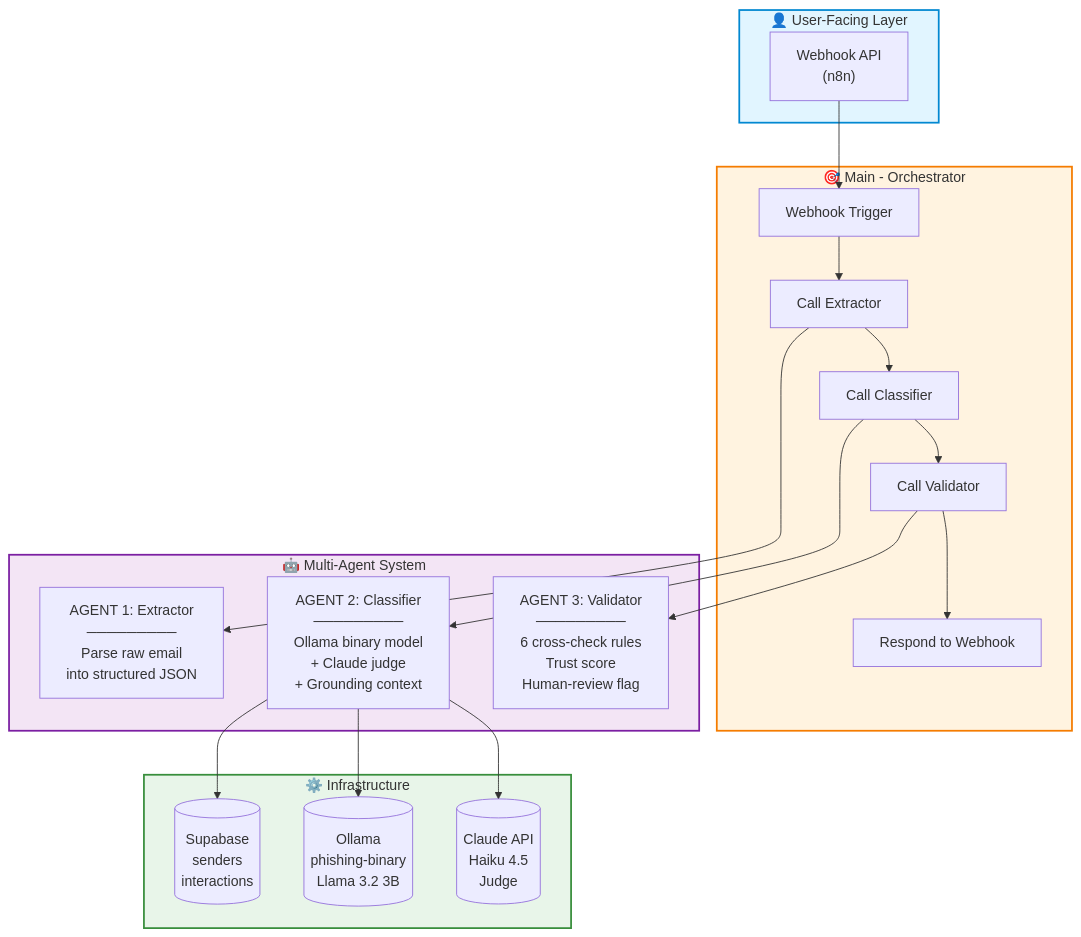
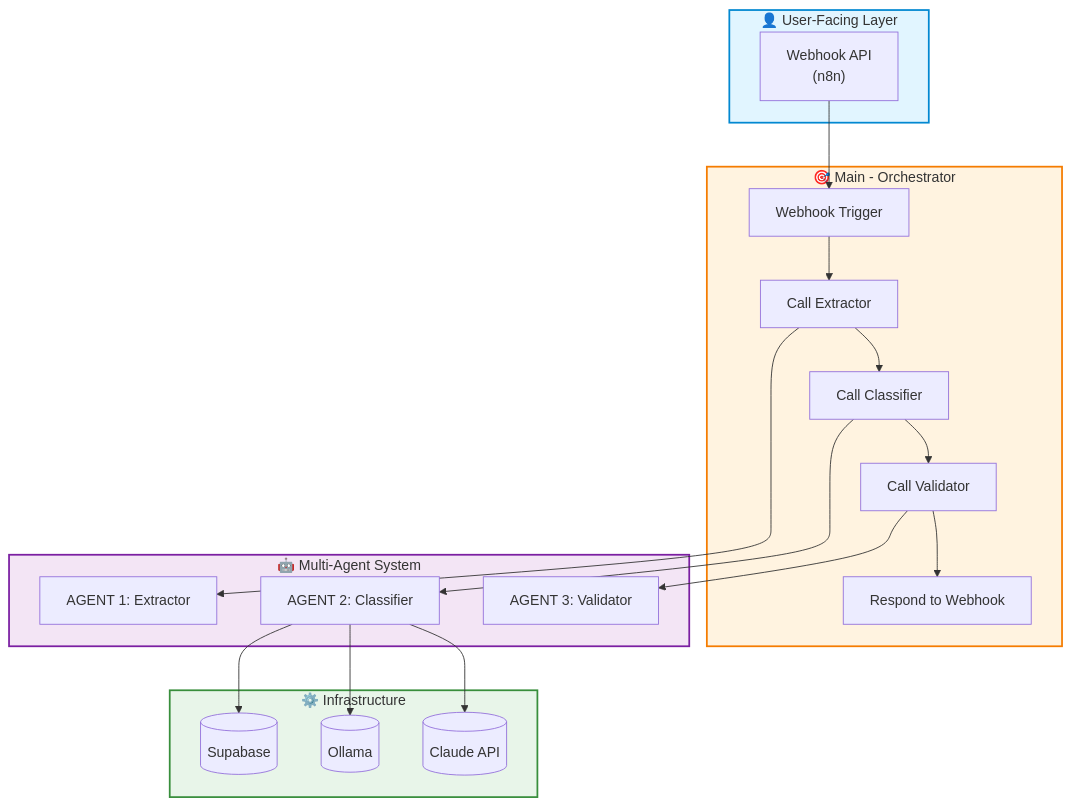
Before and after one commit to shivoymalhotra9-wq/Agentic-AI-Cyber-App: the first of 3 diagrams in README.md, drawn with Mermaid. The commit also changed other lines of this file, not shown here.

````diff
--- a/README.md
+++ b/README.md
@@ -66,40 +80,40 @@
 ```mermaid
 flowchart TB
     subgraph USER["👤 User-Facing Layer"]
         WH["Webhook API<br/>(n8n)"]
     end
 
     subgraph ORCH["🎯 Main - Orchestrator"]
         O1["Webhook Trigger"]
         O2["Call Extractor"]
         O3["Call Classifier"]
         O4["Call Validator"]
         O5["Respond to Webhook"]
         O1 --> O2 --> O3 --> O4 --> O5
     end
 
     subgraph AGENTS["🤖 Multi-Agent System"]
-        A1["AGENT 1: Extractor<br/>─────────<br/>Parse raw email<br/>into structured JSON"]
-        A2["AGENT 2: Classifier<br/>─────────<br/>Ollama binary model<br/>+ Claude judge<br/>+ Grounding context"]
-        A3["AGENT 3: Validator<br/>─────────<br/>6 cross-check rules<br/>Trust score<br/>Human-review flag"]
+        A1["AGENT 1: Extractor"]
+        A2["AGENT 2: Classifier"]
+        A3["AGENT 3: Validator"]
     end
 
     subgraph INFRA["⚙️ Infrastructure"]
-        SB[("Supabase<br/>senders<br/>interactions")]
-        OL[("Ollama<br/>phishing-binary<br/>Llama 3.2 3B")]
-        CL[("Claude API<br/>Haiku 4.5<br/>Judge")]
+        SB[("Supabase")]
+        OL[("Ollama")]
+        CL[("Claude API")]
     end
 
     WH --> O1
     O2 --> A1
     O3 --> A2
     O4 --> A3
     A2 --> SB
     A2 --> OL
     A2 --> CL
 
     style USER fill:#e1f5ff,stroke:#0288d1,stroke-width:2px
     style ORCH fill:#fff3e0,stroke:#f57c00,stroke-width:2px
     style AGENTS fill:#f3e5f5,stroke:#7b1fa2,stroke-width:2px
     style INFRA fill:#e8f5e9,stroke:#388e3c,stroke-width:2px
 ```
````
